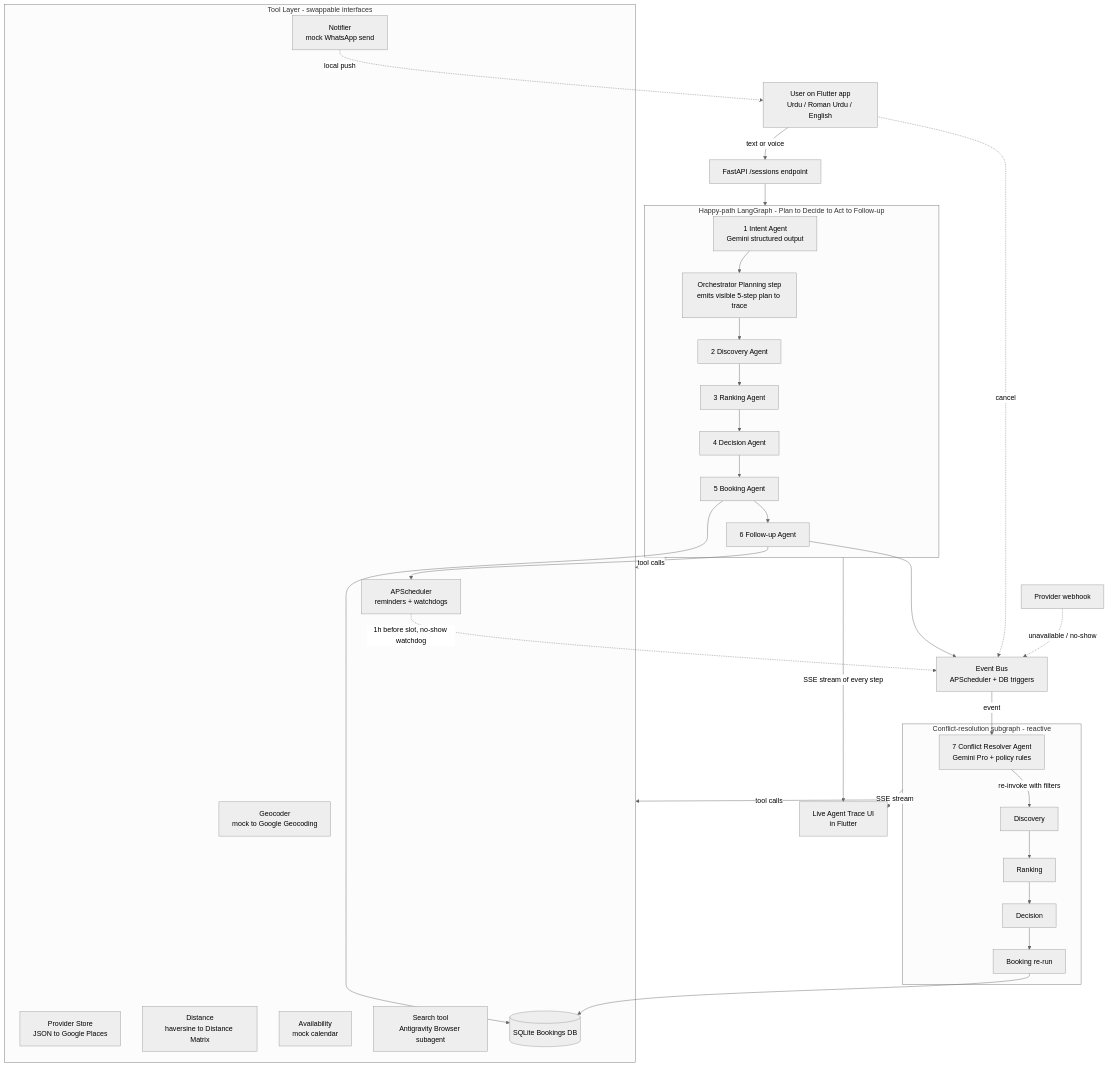
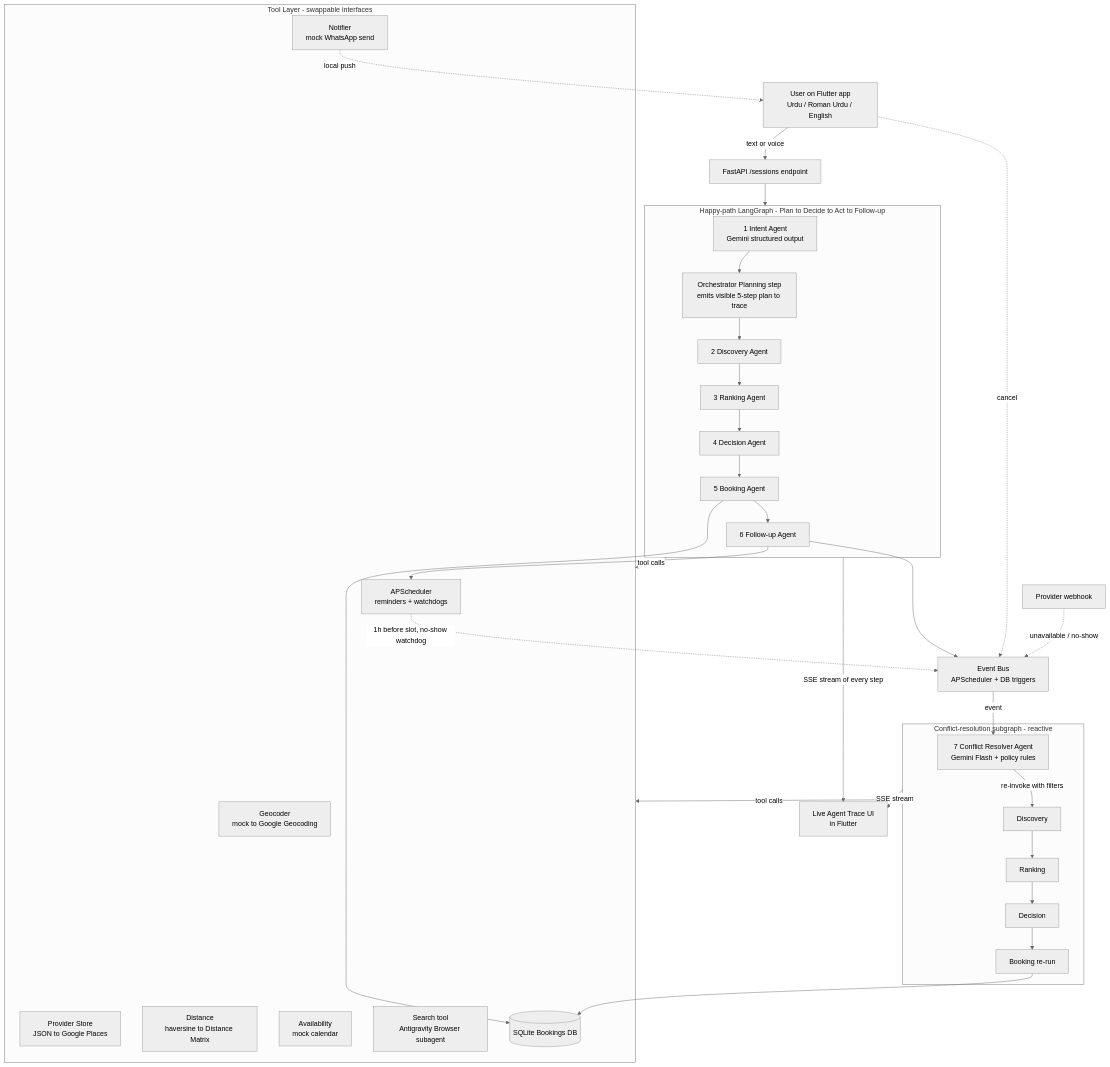
One commit to muhammadhaider02/karigar.pk changed the diagram in plan.md. Above: the diagram before and after it, drawn with Mermaid (neutral theme). The commit also changed other lines of this file and 52 other files, not shown here.

````diff
--- a/plan.md
+++ b/plan.md
@@ -27,52 +27,52 @@
 ```mermaid
 flowchart TB
     User[User on Flutter app<br/>Urdu / Roman Urdu / English]
     User -->|"text or voice"| API[FastAPI /sessions endpoint]
     API --> Happy[Happy-path LangGraph]
 
     subgraph Happy [Happy-path LangGraph - Plan to Decide to Act to Follow-up]
         Intent[1 Intent Agent<br/>Gemini structured output]
         Plan["Orchestrator Planning step<br/>emits visible 5-step plan to trace"]
         Discovery[2 Discovery Agent]
         Ranking[3 Ranking Agent]
         Decision[4 Decision Agent]
         Booking[5 Booking Agent]
         Followup[6 Follow-up Agent]
         Intent --> Plan --> Discovery --> Ranking --> Decision --> Booking --> Followup
     end
 
     Bus["Event Bus<br/>APScheduler + DB triggers"]
     Followup --> Bus
     User -.->|"cancel"| Bus
     Provider[Provider webhook] -.->|"unavailable / no-show"| Bus
 
     subgraph Conflict [Conflict-resolution subgraph - reactive]
-        Resolver[7 Conflict Resolver Agent<br/>Gemini Pro + policy rules]
+        Resolver[7 Conflict Resolver Agent<br/>Gemini Flash + policy rules]
         Resolver -->|"re-invoke with filters"| Discovery2[Discovery]
         Discovery2 --> Ranking2[Ranking] --> Decision2[Decision] --> Rebook[Booking re-run]
     end
 
     Bus -->|"event"| Resolver
 
     Happy -->|"tool calls"| Tools
     Conflict -->|"tool calls"| Tools
 
     subgraph Tools [Tool Layer - swappable interfaces]
         Geo[Geocoder<br/>mock to Google Geocoding]
         Prov[Provider Store<br/>JSON to Google Places]
         Dist[Distance<br/>haversine to Distance Matrix]
         Avail[Availability<br/>mock calendar]
         Search["Search tool<br/>Antigravity Browser subagent"]
         DB[(SQLite Bookings DB)]
         Notif[Notifier<br/>mock WhatsApp send]
         Sched[APScheduler<br/>reminders + watchdogs]
     end
 
     Happy -->|"SSE stream of every step"| TraceUI[Live Agent Trace UI<br/>in Flutter]
     Conflict -->|"SSE stream"| TraceUI
     Booking --> DB
     Rebook --> DB
     Followup --> Sched
     Sched -.->|"1h before slot, no-show watchdog"| Bus
     Notif -.->|"local push"| User
 ```
````
